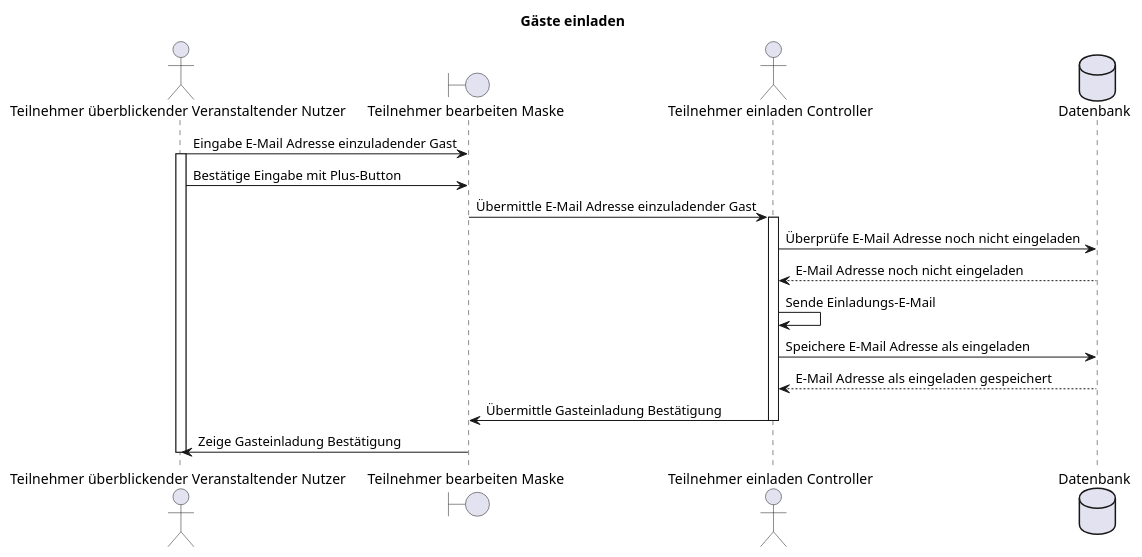
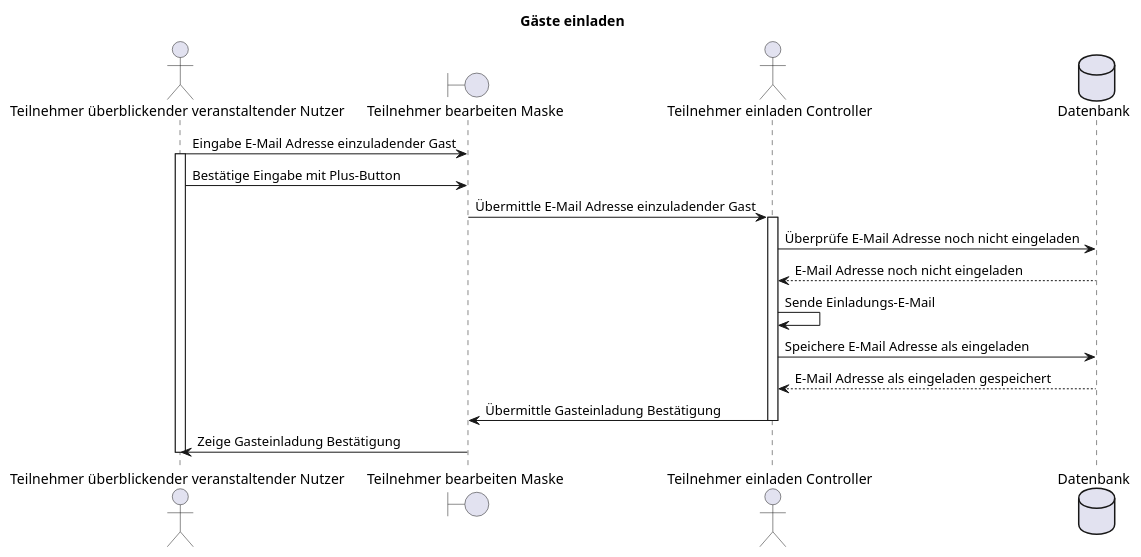
Before and after one commit to party-time-2/party-time: the diagram in docs/F004/F004_gaesteEinladen_seq.plantuml, drawn with PlantUML. The commit also changed 11 other files, not shown here.

Commit message:
F004, F005, F006 diagrams drafts

```diff
--- a/docs/F004/F004_gaesteEinladen_seq.plantuml
+++ b/docs/F004/F004_gaesteEinladen_seq.plantuml
@@ -1,23 +1,23 @@
 @startuml F004_gaesteEinladen_seq
 title "Gäste einladen"
 
-actor "Teilnehmer überblickender Veranstaltender Nutzer" as user
+actor "Teilnehmer überblickender veranstaltender Nutzer" as user
 boundary "Teilnehmer bearbeiten Maske" as editParticipantsMask
 actor "Teilnehmer einladen Controller" as controller
 database "Datenbank" as db
 
 user -> editParticipantsMask: Eingabe E-Mail Adresse einzuladender Gast
 activate user
 user -> editParticipantsMask: Bestätige Eingabe mit Plus-Button
 editParticipantsMask -> controller: Übermittle E-Mail Adresse einzuladender Gast
 activate controller
 controller -> db: Überprüfe E-Mail Adresse noch nicht eingeladen
 db --> controller: E-Mail Adresse noch nicht eingeladen
 controller -> controller: Sende Einladungs-E-Mail
 controller -> db: Speichere E-Mail Adresse als eingeladen
 db --> controller: E-Mail Adresse als eingeladen gespeichert
 controller -> editParticipantsMask: Übermittle Gasteinladung Bestätigung
 deactivate controller
 editParticipantsMask -> user: Zeige Gasteinladung Bestätigung
 deactivate user
 @enduml
```
